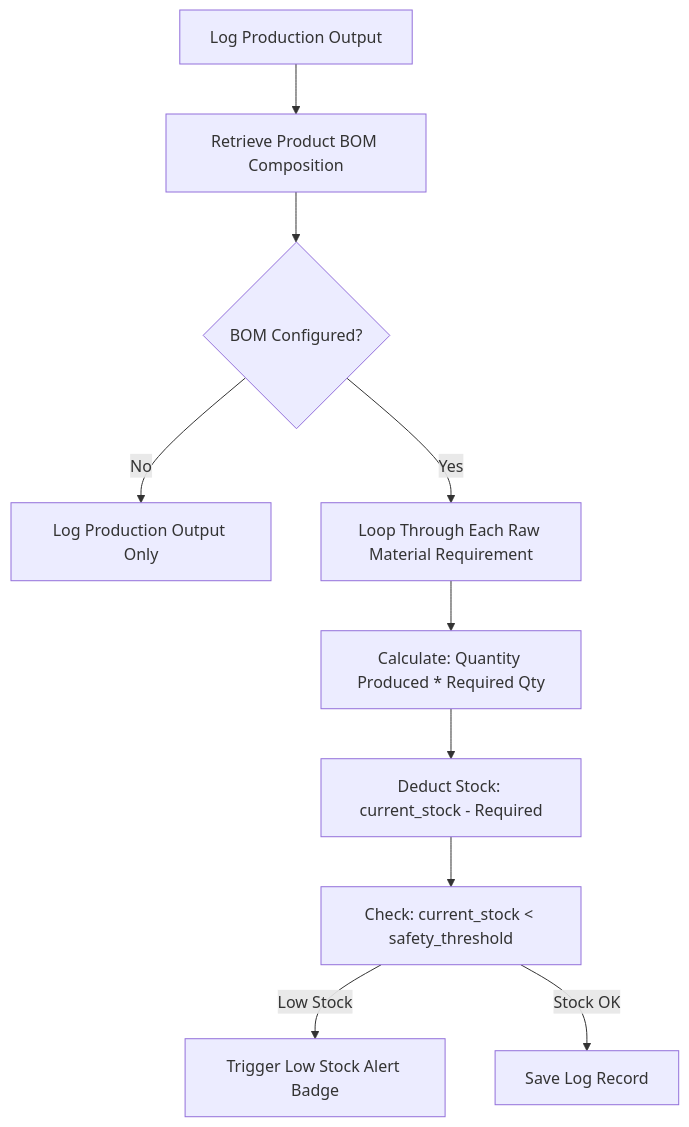
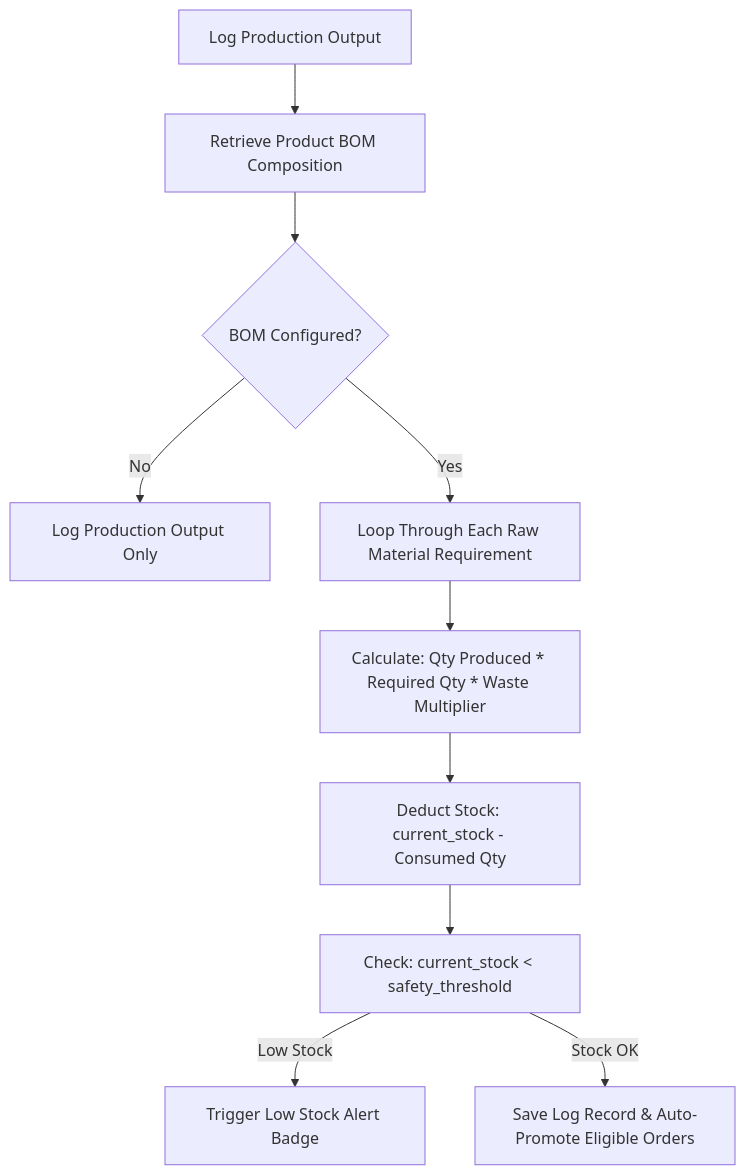
Before and after one commit to themeetkapuriya-sketch/pww: the second of 3 diagrams in SYSTEM_ARCHITECTURE.md, drawn with Mermaid. The commit also changed other lines of this file and 53 other files, not shown here.

Commit message:
refactor: optimize architecture, add form requests, offline vendor assets, 1-click launchers, and updated docs

````diff
--- a/SYSTEM_ARCHITECTURE.md
+++ b/SYSTEM_ARCHITECTURE.md
@@ -15,12 +40,12 @@
 ```mermaid
 flowchart TD
     A[Log Production Output] --> B[Retrieve Product BOM Composition]
     B --> C{BOM Configured?}
     C -- No --> D[Log Production Output Only]
     C -- Yes --> E[Loop Through Each Raw Material Requirement]
-    E --> F[Calculate: Quantity Produced * Required Qty]
-    F --> G[Deduct Stock: current_stock - Required]
+    E --> F[Calculate: Qty Produced * Required Qty * Waste Multiplier]
+    F --> G[Deduct Stock: current_stock - Consumed Qty]
     G --> H[Check: current_stock < safety_threshold]
     H -- Low Stock --> I[Trigger Low Stock Alert Badge]
-    H -- Stock OK --> J[Save Log Record]
+    H -- Stock OK --> J[Save Log Record & Auto-Promote Eligible Orders]
 ```
````
